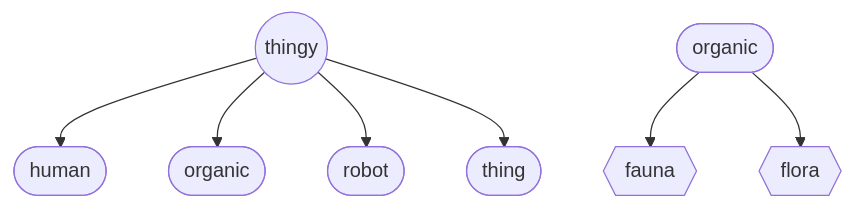
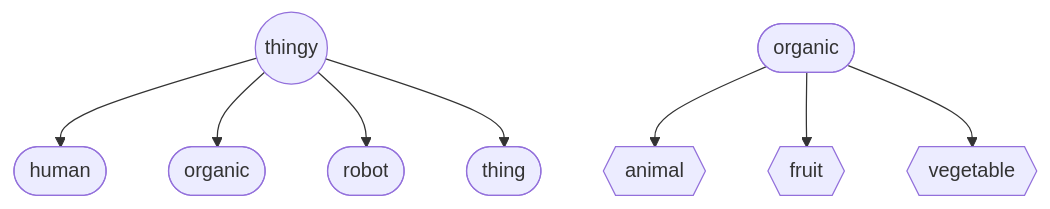
Before and after one commit to roboticist-tav/diego_documentation: the diagram in docs/physic/obj/organic.md, drawn with Mermaid. The commit also changed other lines of this file and 452 other files, not shown here.

````diff
--- a/docs/physic/obj/organic.md
+++ b/docs/physic/obj/organic.md
@@ -4,10 +4,11 @@
 ```mermaid
 flowchart TD
     thingy((thingy)) --> human([human])
     thingy --> organic([organic])
     thingy --> robot([robot])
     thingy --> thing([thing])
 
-    organic2([organic]) --> fauna{{fauna}}
-    organic2([organic]) --> flora{{flora}}
+    organic2([organic]) --> animal{{animal}}
+    organic2([organic]) --> fruit{{fruit}}
+    organic2([organic]) --> vegetable{{vegetable}}
 ```
````
